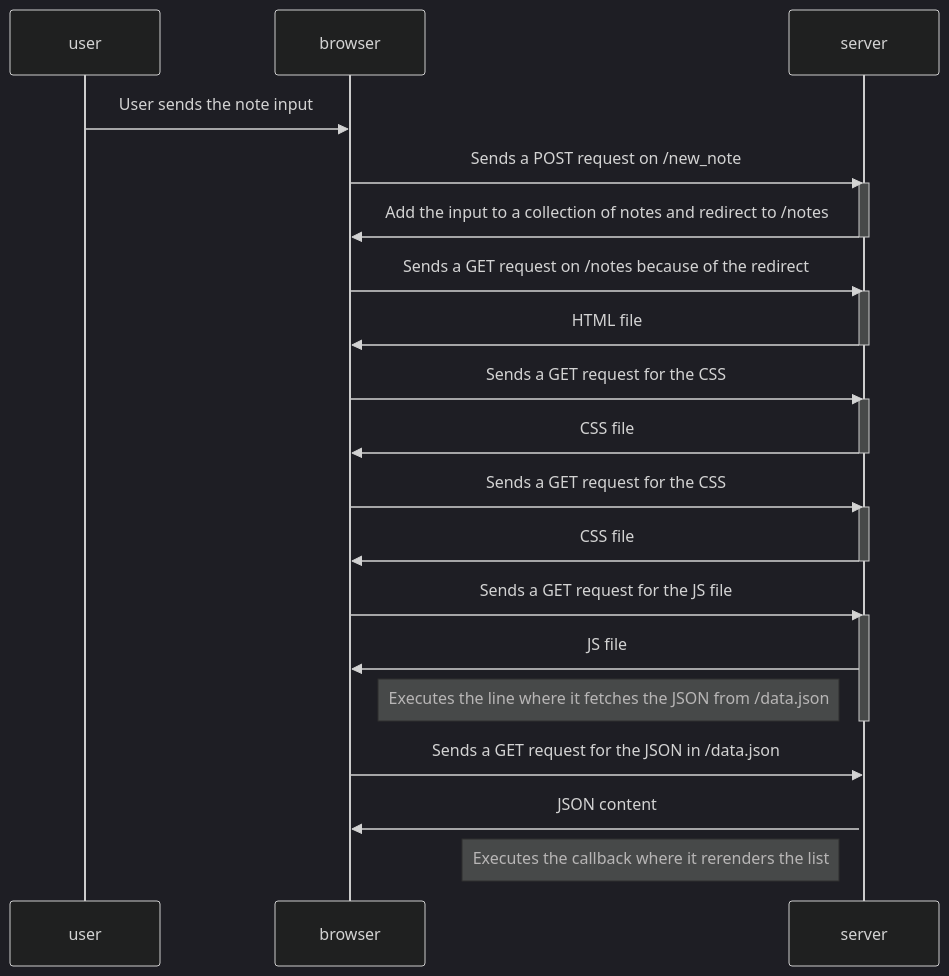
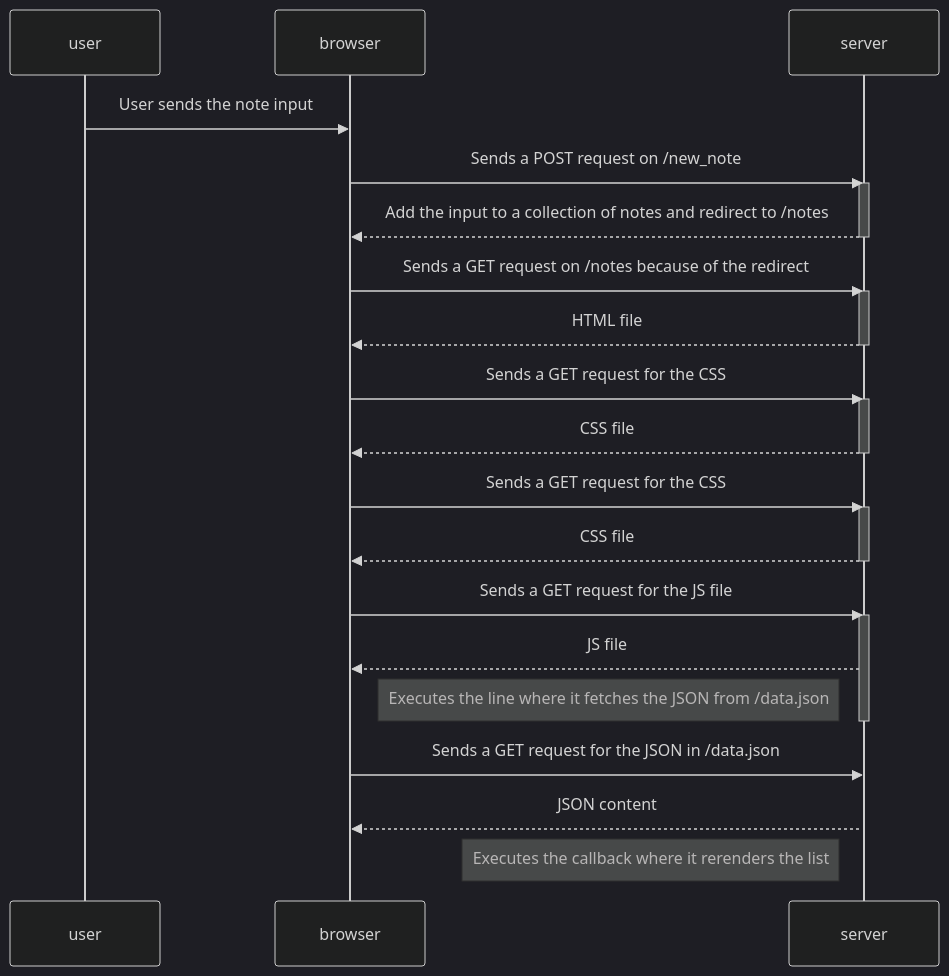
One commit to kylebreyes/fullstackopen changed the diagram in part0/04.md. Above: the diagram before and after it, drawn with Mermaid (dark theme).

Commit message:
Finish 0.6

````diff
--- a/part0/04.md
+++ b/part0/04.md
@@ -1,41 +1,41 @@
 ```mermaid
   sequenceDiagram
     participant user
     participant browser
     participant server
 
     user->>browser: User sends the note input
 
     browser->>server: Sends a POST request on /new_note
     activate server
-    server->>browser: Add the input to a collection of notes and redirect to /notes
+    server-->>browser: Add the input to a collection of notes and redirect to /notes
     deactivate server
 
     browser->>server: Sends a GET request on /notes because of the redirect
     activate server
-    server->>browser: HTML file
+    server-->>browser: HTML file
     deactivate server
 
     browser->>server: Sends a GET request for the CSS
     activate server
-    server->>browser: CSS file
+    server-->>browser: CSS file
     deactivate server
 
     browser->>server: Sends a GET request for the CSS
     activate server
-    server->>browser: CSS file
+    server-->>browser: CSS file
     deactivate server
 
     browser->>server: Sends a GET request for the JS file
     activate server
-    server->>browser: JS file
+    server-->>browser: JS file
 
     Note left of server: Executes the line where it fetches the JSON from /data.json
     deactivate server
 
     browser->>server: Sends a GET request for the JSON in /data.json
     activate server
-    server->>browser: JSON content 
+    server-->>browser: JSON content 
 
     Note left of server: Executes the callback where it rerenders the list 
 ```
````
